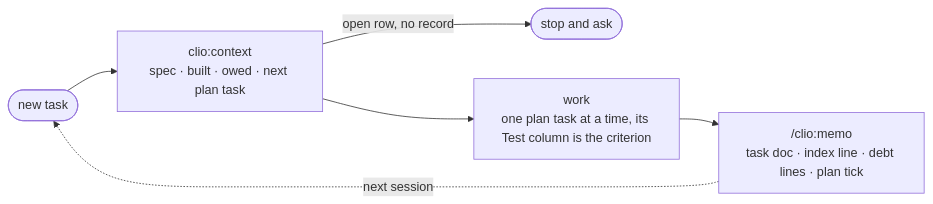
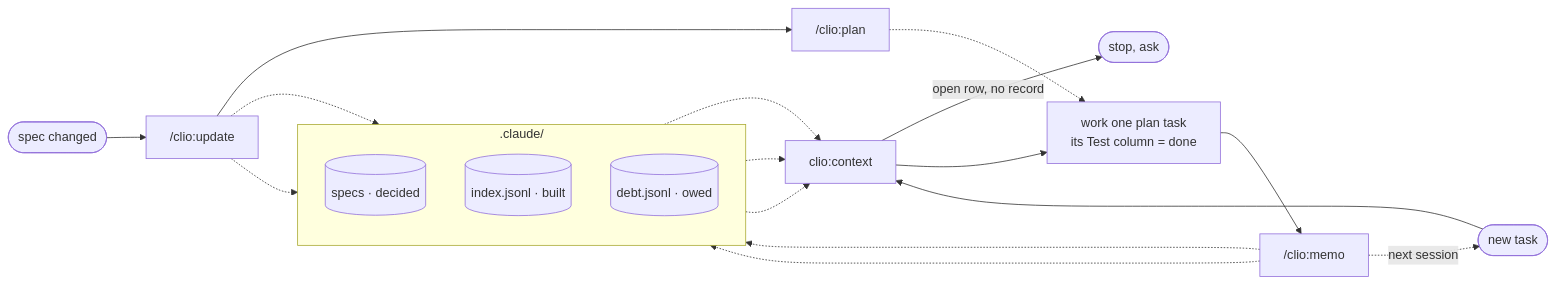
One commit to nhhthong/clio changed the diagram in README.md. Above: the diagram before and after it, drawn with Mermaid. The commit also changed other lines of this file and 14 other files, not shown here.

````diff
--- a/README.md
+++ b/README.md
@@ -85,8 +119,20 @@
 ```mermaid
 flowchart LR
-    A(["new task"]) --> B["clio:context<br/>spec · built · owed · next plan task"]
-    B -- "open row, no record" --> S(["stop and ask"])
-    B --> C["work<br/>one plan task at a time, its Test column is the criterion"]
-    C --> D["/clio:memo<br/>task doc · index line · debt lines · plan tick"]
-    D -. "next session" .-> A
+    subgraph ledgers[".claude/"]
+        direction TB
+        S[("specs · decided")]
+        I[("index.jsonl · built")]
+        D[("debt.jsonl · owed")]
+    end
+
+    A(["new task"]) --> B["clio:context"]
+    S & I & D -.-> B
+    B -- "open row, no record" --> X(["stop, ask"])
+    B --> C["work one plan task<br/>its Test column = done"]
+    C --> M["/clio:memo"]
+    M -.-> I & D
+    M -. "next session" .-> A
+
+    R(["spec changed"]) --> U["/clio:update"] -.-> S & D
+    U --> P["/clio:plan"] -.-> C
 ```
````
